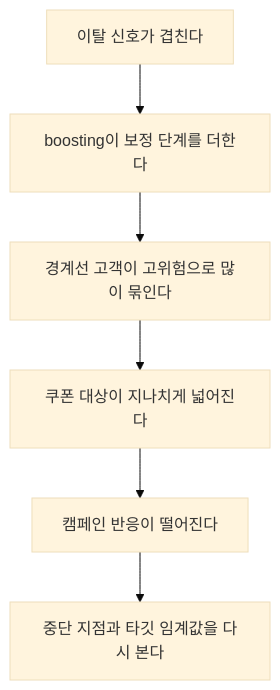
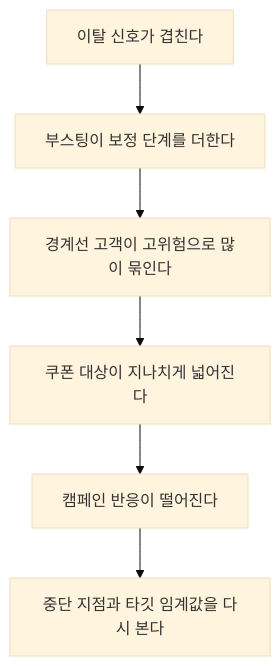
One commit to devchan64/AiBook changed the diagram in docs/assets/part-04/chapter-16/p4-16-2-mermaid-03-ko.mmd. Above: the diagram before and after it, drawn with Mermaid (base theme). The commit also changed 91 other files, not shown here.

Commit message:
Finalize Part 4 Korean and Chinese diagram localization

```diff
--- a/docs/assets/part-04/chapter-16/p4-16-2-mermaid-03-ko.mmd
+++ b/docs/assets/part-04/chapter-16/p4-16-2-mermaid-03-ko.mmd
@@ -1,10 +1,10 @@
 flowchart TD
   A["이탈 신호가 겹친다"]
-  B["boosting이 보정 단계를 더한다"]
+  B["부스팅이 보정 단계를 더한다"]
   C["경계선 고객이 고위험으로 많이 묶인다"]
   D["쿠폰 대상이 지나치게 넓어진다"]
   E["캠페인 반응이 떨어진다"]
   F["중단 지점과 타깃 임계값을 다시 본다"]
 
   A --> B --> C --> D --> E
   E --> F
```
